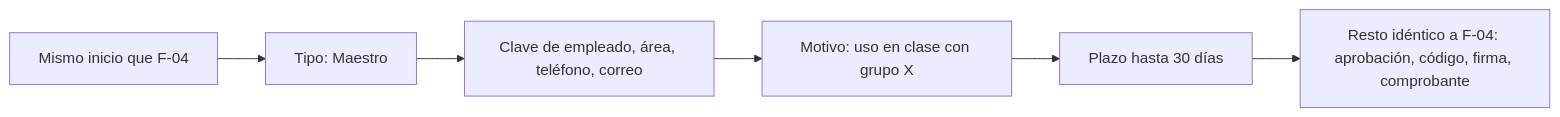
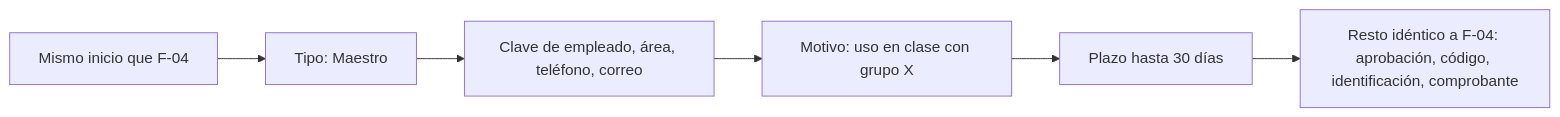
The ninth of 24 diagrams in docs/flujos.md (JaimeLug/InventarioMaker), drawn with Mermaid before and after one commit. The commit also changed other lines of this file and 25 other files, not shown here.

````diff
--- a/docs/flujos.md
+++ b/docs/flujos.md
@@ -597,8 +630,8 @@
 ```mermaid
 flowchart LR
     A["Mismo inicio que F-04"] --> B["Tipo: Maestro"]
     B --> C["Clave de empleado, área, teléfono, correo"]
     C --> D["Motivo: uso en clase con grupo X"]
     D --> E["Plazo hasta 30 días"]
-    E --> F["Resto idéntico a F-04: aprobación, código, firma, comprobante"]
+    E --> F["Resto idéntico a F-04: aprobación, código, identificación, comprobante"]
 ```
````
